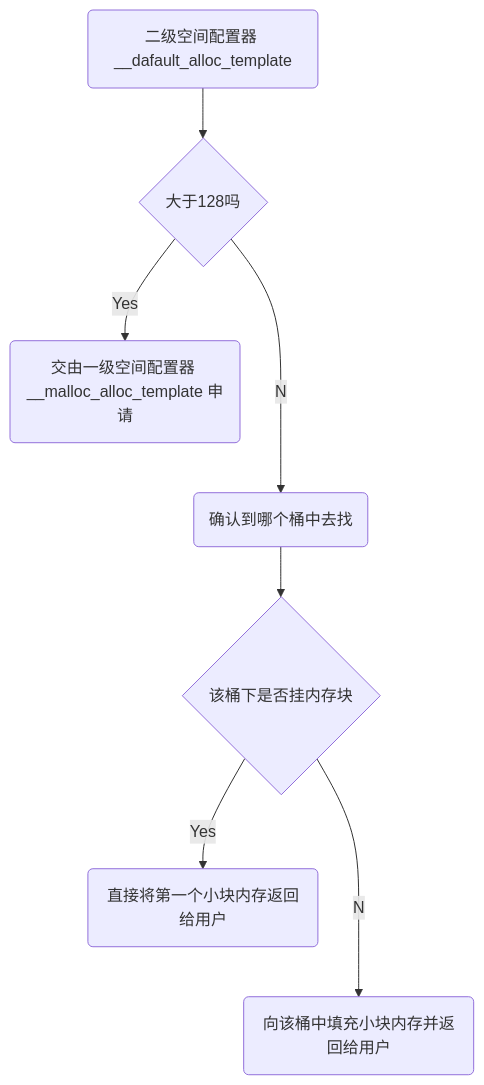
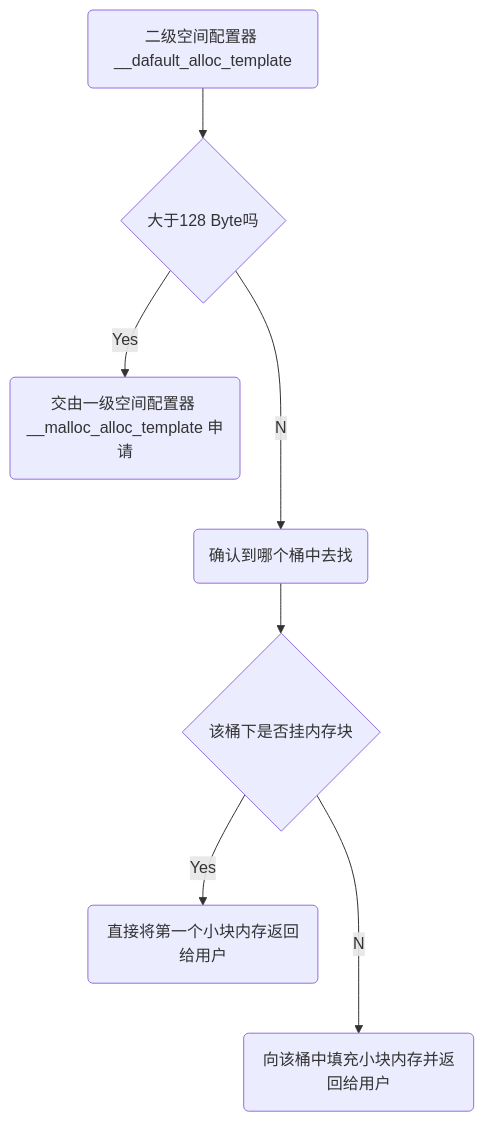
The diagram in CS/Coding/Cpp/Cpp.md (superwjfeng/MarkdownWriting), drawn with Mermaid before and after one commit. The commit also changed other lines of this file and 49 other files, not shown here.

````diff
--- a/CS/Coding/Cpp/Cpp.md
+++ b/CS/Coding/Cpp/Cpp.md
@@ -2252,9 +2479,9 @@
 ```mermaid
 flowchart TB
-id1(二级空间配置器 __dafault_alloc_template)-->choose1{大于128吗}
+id1(二级空间配置器 __dafault_alloc_template)-->choose1{大于128 Byte吗}
 choose1--Yes-->id2(交由一级空间配置器 __malloc_alloc_template 申请)
 choose1--No-->id3(确认到哪个桶中去找)
 id3-->choose2{该桶下是否挂内存块}
 choose2--Yes-->id4(直接将第一个小块内存返回给用户)
 choose2--No-->id5(向该桶中填充小块内存并返回给用户)
 ```
````
